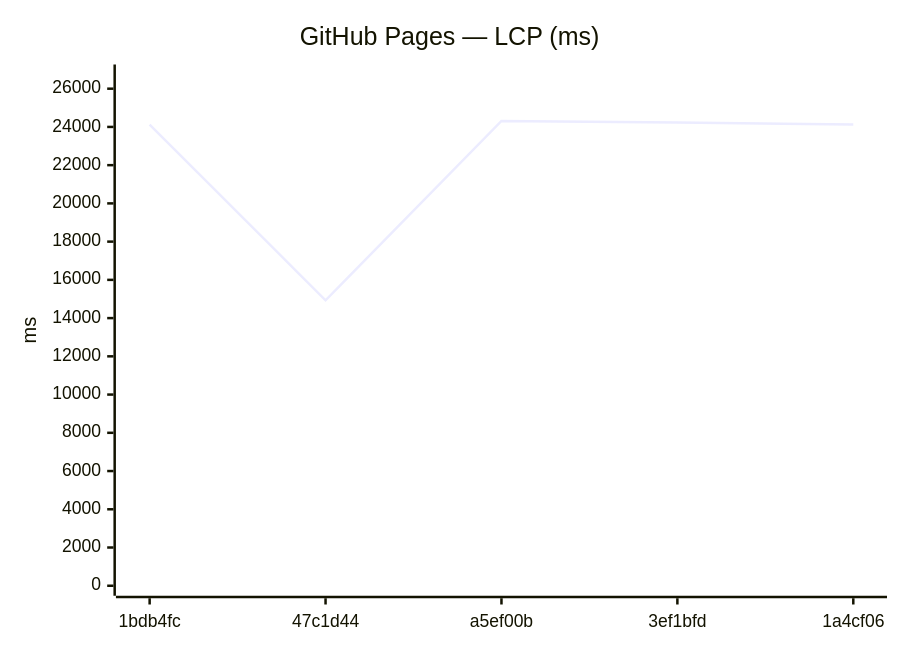
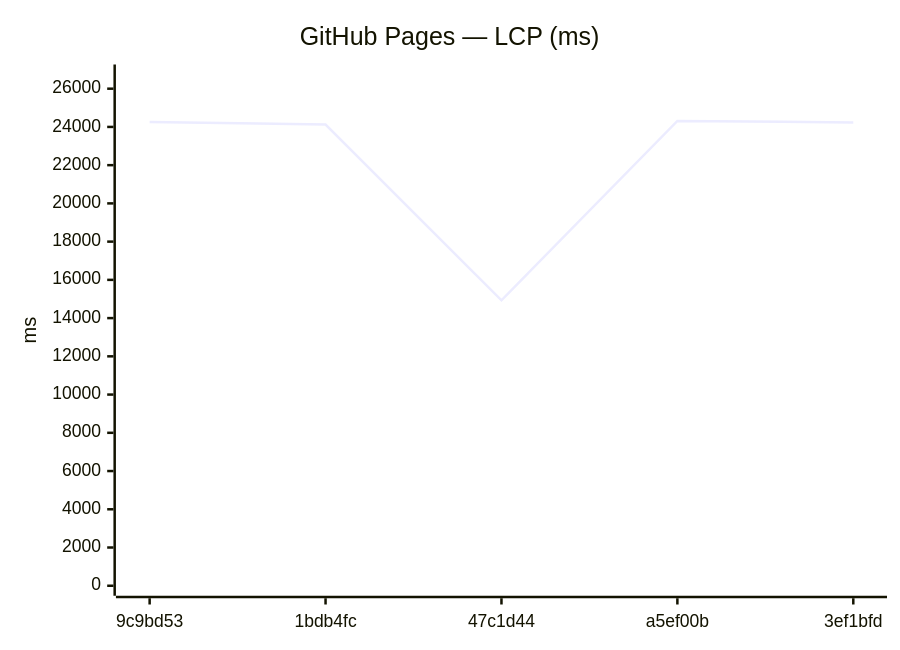
Before and after one commit to Metaheurist/Rianell: the seventh of 12 diagrams in benchmarks/compare.md, drawn with Mermaid. The commit also changed other lines of this file and 8 other files, not shown here.

````diff
--- a/benchmarks/compare.md
+++ b/benchmarks/compare.md
@@ -107,7 +107,7 @@
 ```mermaid
 xychart-beta
     title "GitHub Pages — LCP (ms)"
-    x-axis ["1bdb4fc", "47c1d44", "a5ef00b", "3ef1bfd", "1a4cf06"]
+    x-axis ["9c9bd53", "1bdb4fc", "47c1d44", "a5ef00b", "3ef1bfd"]
     y-axis "ms" 0 --> 26742
-    line [24126, 14929, 24310, 24236, 24125]
+    line [24263, 24126, 14929, 24310, 24236]
 ```
````
